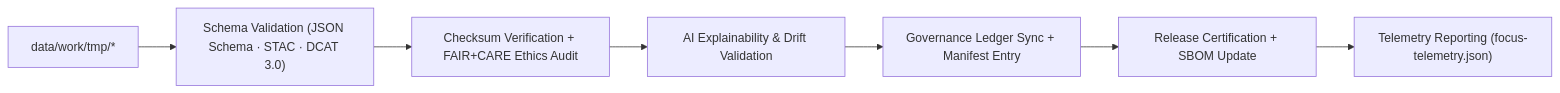
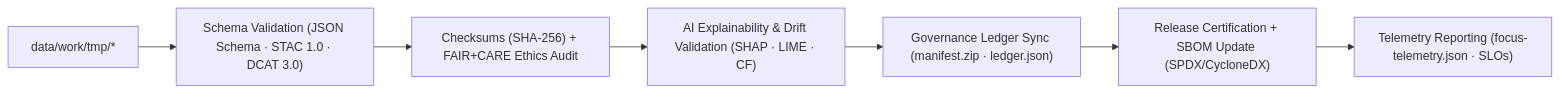
One commit to bartytime4life/Kansas-Frontier-Matrix changed the second of 7 diagrams in docs/architecture/data-flow-diagrams.md. Above: the diagram before and after it, drawn with Mermaid. The commit also changed other lines of this file, not shown here.

First line of the commit message:
Upgrade data flow diagrams to version 10.2.3

````diff
--- a/docs/architecture/data-flow-diagrams.md
+++ b/docs/architecture/data-flow-diagrams.md
@@ -71,9 +76,9 @@
 ```mermaid
 flowchart LR
-    A["data/work/tmp/*"] --> B["Schema Validation (JSON Schema · STAC · DCAT 3.0)"]
-    B --> C["Checksum Verification + FAIR+CARE Ethics Audit"]
-    C --> D["AI Explainability & Drift Validation"]
-    D --> E["Governance Ledger Sync + Manifest Entry"]
-    E --> F["Release Certification + SBOM Update"]
-    F --> G["Telemetry Reporting (focus-telemetry.json)"]
+    A["data/work/tmp/*"] --> B["Schema Validation (JSON Schema · STAC 1.0 · DCAT 3.0)"]
+    B --> C["Checksums (SHA-256) + FAIR+CARE Ethics Audit"]
+    C --> D["AI Explainability & Drift Validation (SHAP · LIME · CF)"]
+    D --> E["Governance Ledger Sync (manifest.zip · ledger.json)"]
+    E --> F["Release Certification + SBOM Update (SPDX/CycloneDX)"]
+    F --> G["Telemetry Reporting (focus-telemetry.json · SLOs)"]
 ```
````
